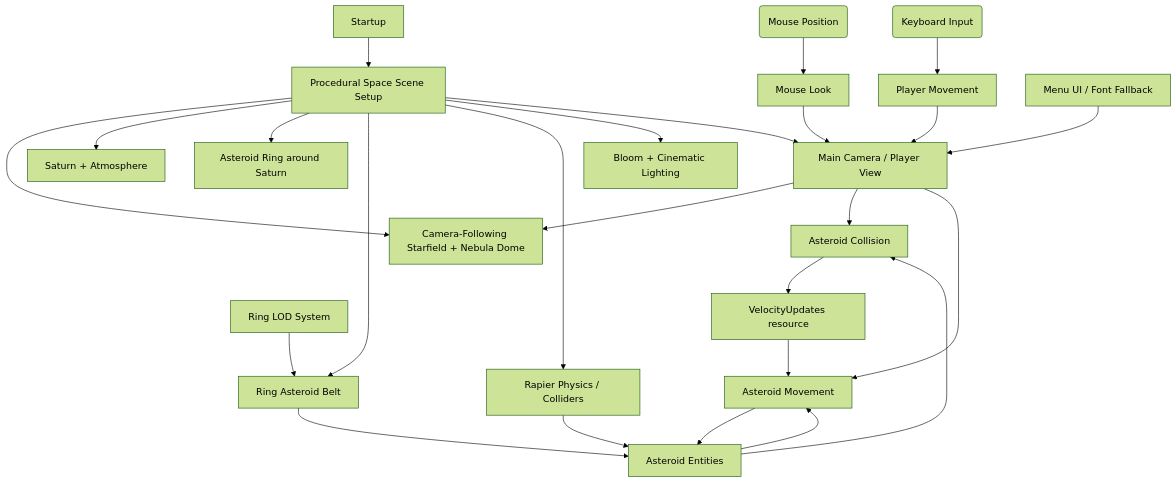
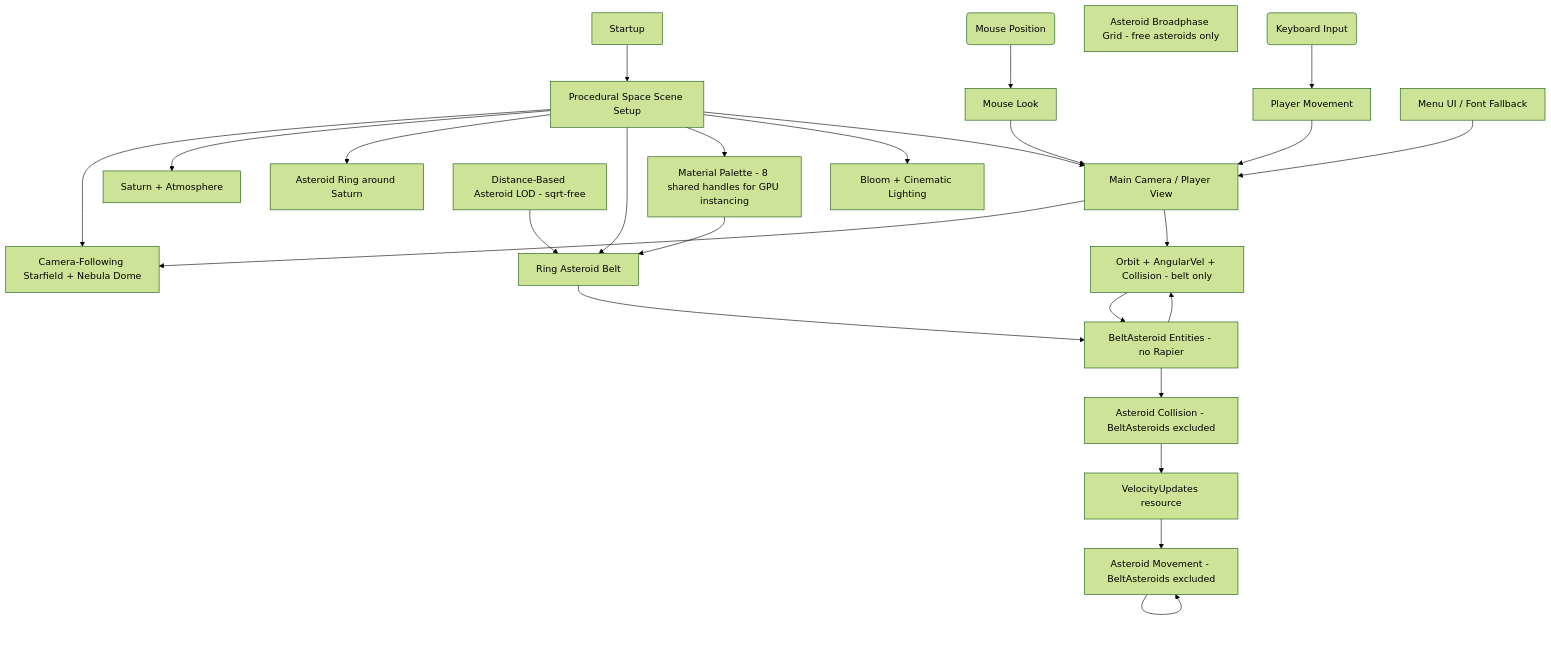
One commit to antonincacadetruire/space_vibe changed the diagram in README.md. Above: the diagram before and after it, drawn with Mermaid (forest theme). The commit also changed other lines of this file and 10 other files, not shown here.

Commit message:
Refactor asteroid systems for performance improvements; implement broadphase collision detection; optimize asteroid mesh generation and rendering; enhance UI color schemes and text updates MASTERCLASS DE SONNET

````diff
--- a/README.md
+++ b/README.md
@@ -4,48 +4,50 @@
 ```mermaid
 graph TB
   M(Mouse Position)
   K(Keyboard Input)
 
   SS[Procedural Space Scene Setup]
   SB[Camera-Following Starfield + Nebula Dome]
   SP[Saturn + Atmosphere]
   SRI[Asteroid Ring around Saturn]
   SR[Ring Asteroid Belt]
-  RP[Rapier Physics / Colliders]
+  BP[Asteroid Broadphase Grid - free asteroids only]
   LB[Bloom + Cinematic Lighting]
-  LOD[Ring LOD System]
+  LOD[Distance-Based Asteroid LOD - sqrt-free]
   ML[Mouse Look]
   PM[Player Movement]
-  AC[Asteroid Collision]
-  AM[Asteroid Movement]
+  AC[Asteroid Collision - BeltAsteroids excluded]
+  AM[Asteroid Movement - BeltAsteroids excluded]
+  OB[Orbit + AngularVel + Collision - belt only]
   UI[Menu UI / Font Fallback]
   R[Main Camera / Player View]
 
   RV[VelocityUpdates resource]
+  MP[Material Palette - 8 shared handles for GPU instancing]
 
   Startup --> SS
   SS --> SB
   SS --> SP
   SS --> SRI
   SS --> SR
-  SS --> RP
+  SS --> MP
+  MP --> SR
   SS --> LB
   SS --> R
   R --> SB
 
   M --> ML
   ML --> R
   K --> PM
   PM --> R
-  SR --> Ast[Asteroid Entities]
+  SR --> Ast[BeltAsteroid Entities - no Rapier]
   LOD --> SR
   Ast --> AC
   AC --> RV
   RV --> AM
-  Ast --> AM
-  AM --> Ast
-  RP --> Ast
+  AM --> AM
+  Ast --> OB
+  OB --> Ast
   UI --> R
-  R --> AC
-  R --> AM
+  R --> OB
 ```
````
